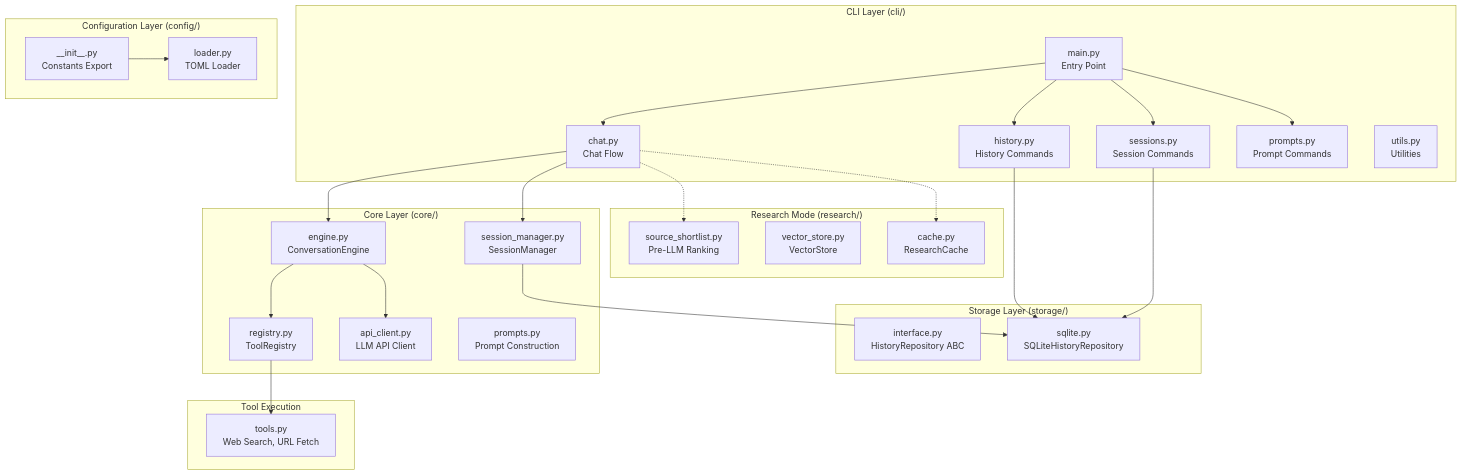
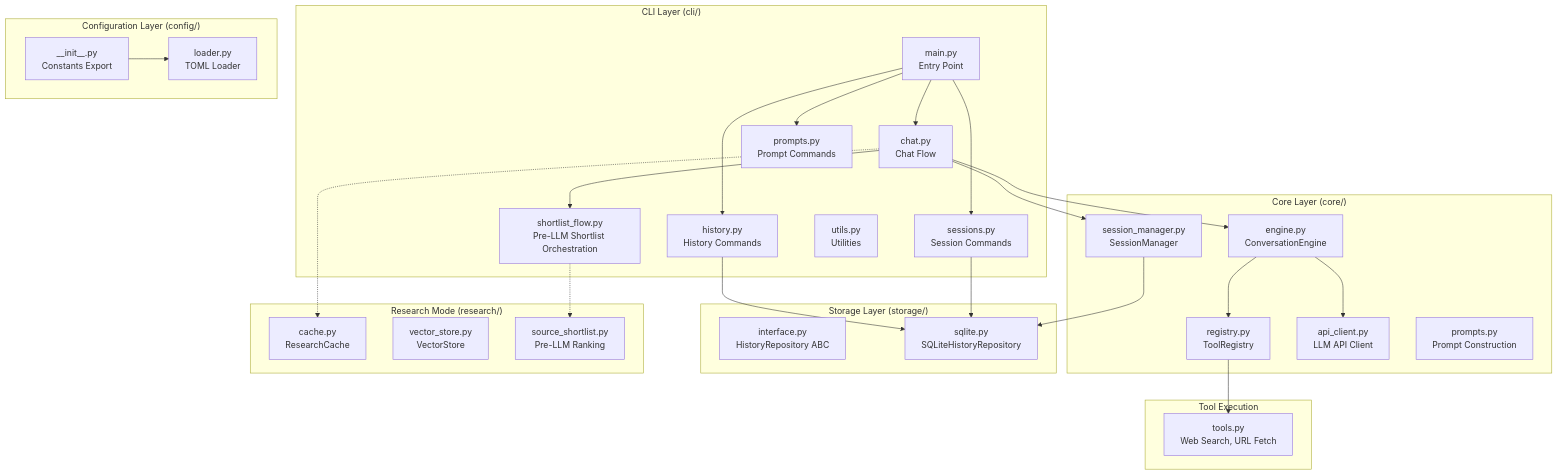
The diagram in ARCHITECTURE.md (evrenesat/asky), drawn with Mermaid before and after one commit. The commit also changed other lines of this file and 12 other files, not shown here.

````diff
--- a/ARCHITECTURE.md
+++ b/ARCHITECTURE.md
@@ -9,55 +9,57 @@
 ```mermaid
 graph TB
     subgraph CLI["CLI Layer (cli/)"]
         main["main.py<br/>Entry Point"]
         chat["chat.py<br/>Chat Flow"]
+        shortlist_flow["shortlist_flow.py<br/>Pre-LLM Shortlist Orchestration"]
         history["history.py<br/>History Commands"]
         sessions_cli["sessions.py<br/>Session Commands"]
         prompts_cli["prompts.py<br/>Prompt Commands"]
         utils["utils.py<br/>Utilities"]
     end
 
     subgraph Core["Core Layer (core/)"]
         engine["engine.py<br/>ConversationEngine"]
         registry["registry.py<br/>ToolRegistry"]
         api_client["api_client.py<br/>LLM API Client"]
         session_mgr["session_manager.py<br/>SessionManager"]
         prompts_core["prompts.py<br/>Prompt Construction"]
     end
 
     subgraph Storage["Storage Layer (storage/)"]
         interface["interface.py<br/>HistoryRepository ABC"]
         sqlite["sqlite.py<br/>SQLiteHistoryRepository"]
     end
 
     subgraph Config["Configuration Layer (config/)"]
         config_init["__init__.py<br/>Constants Export"]
         loader["loader.py<br/>TOML Loader"]
     end
 
     subgraph Research["Research Mode (research/)"]
         cache["cache.py<br/>ResearchCache"]
         vector["vector_store.py<br/>VectorStore"]
         shortlist["source_shortlist.py<br/>Pre-LLM Ranking"]
     end
 
     subgraph Tools["Tool Execution"]
         tools["tools.py<br/>Web Search, URL Fetch"]
     end
 
     main --> chat
+    chat --> shortlist_flow
     main --> history
     main --> sessions_cli
     main --> prompts_cli
     chat --> engine
     engine --> registry
     engine --> api_client
     chat --> session_mgr
     session_mgr --> sqlite
     history --> sqlite
     sessions_cli --> sqlite
     registry --> tools
     config_init --> loader
-    chat -.-> shortlist
+    shortlist_flow -.-> shortlist
     chat -.-> cache
 ```
````
